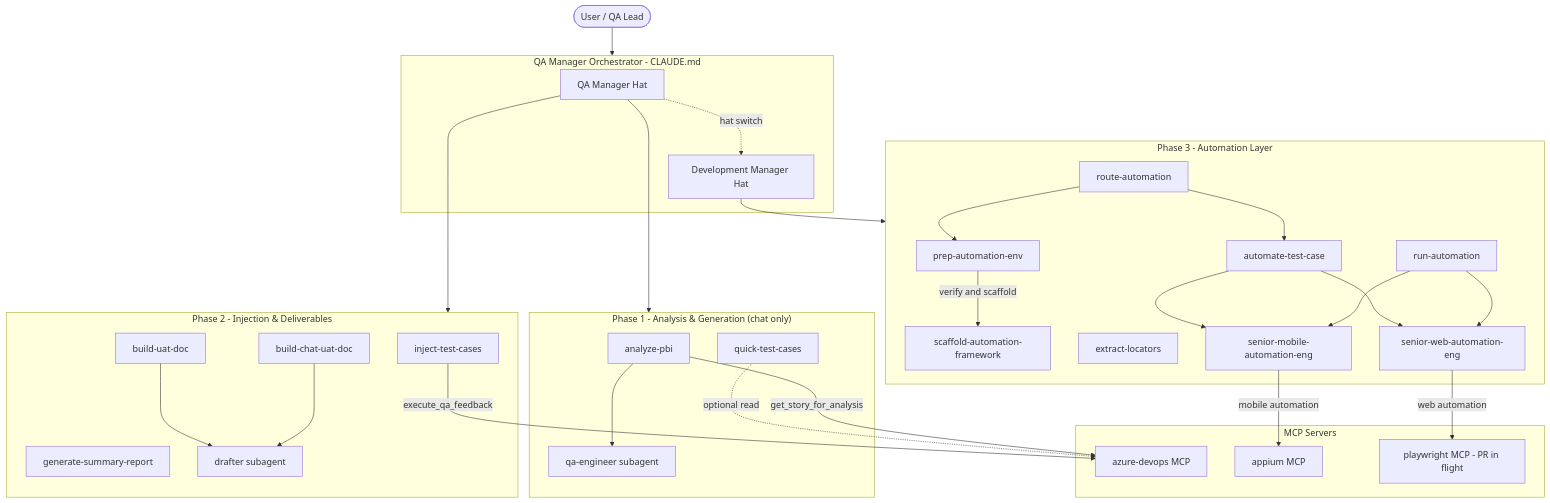
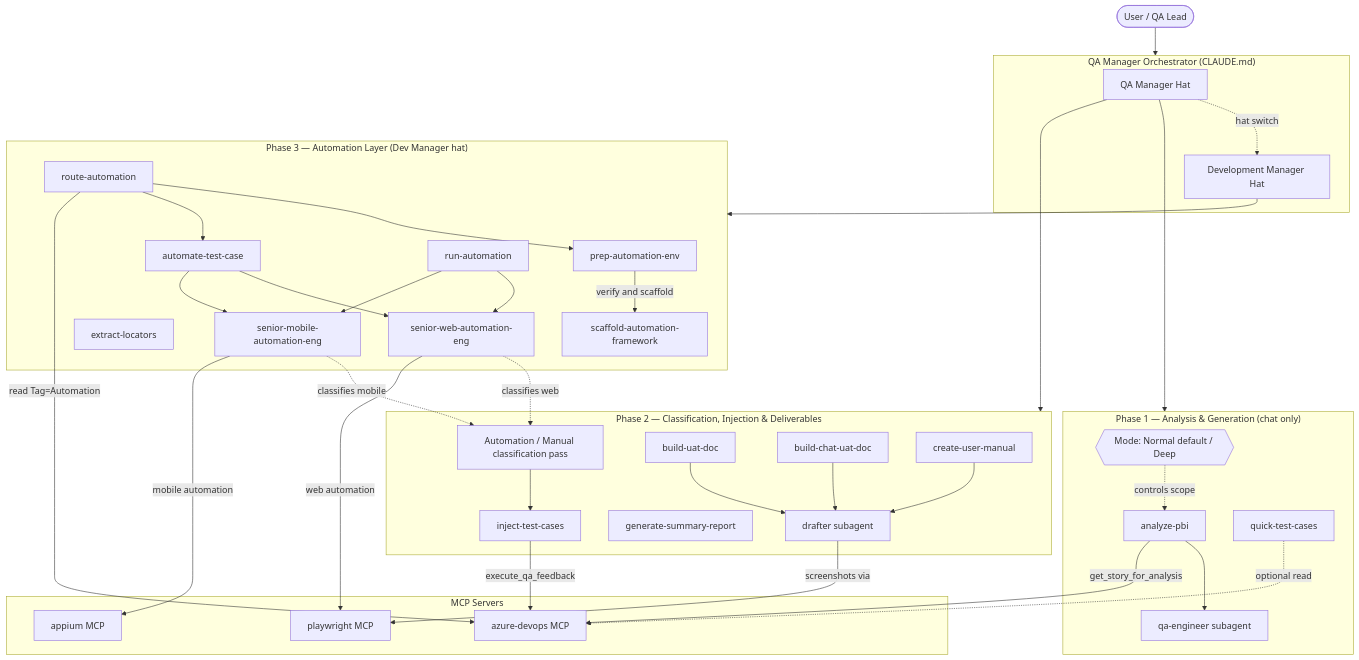
The diagram in README.md (hebasamir611hs-de/azure-mcp---Repo), drawn with Mermaid before and after one commit. The commit also changed other lines of this file and 3 other files, not shown here.

````diff
--- a/README.md
+++ b/README.md
@@ -30,64 +31,73 @@
 ```mermaid
 flowchart TB
     User([User / QA Lead])
 
-    subgraph Brain["QA Manager Orchestrator - CLAUDE.md"]
+    subgraph Brain["QA Manager Orchestrator (CLAUDE.md)"]
         QM[QA Manager Hat]
         DM[Development Manager Hat]
     end
 
-    subgraph Phase1["Phase 1 - Analysis & Generation (chat only)"]
+    subgraph Phase1["Phase 1 — Analysis & Generation (chat only)"]
+        Mode{{"Mode: Normal default / Deep"}}
         AP[analyze-pbi]
         QT[quick-test-cases]
         QE[qa-engineer subagent]
     end
 
-    subgraph Phase2["Phase 2 - Injection & Deliverables"]
+    subgraph Phase2["Phase 2 — Classification, Injection & Deliverables"]
+        CLS[Automation / Manual classification pass]
         IT[inject-test-cases]
         BUD[build-uat-doc]
         BCUD[build-chat-uat-doc]
+        CUM[create-user-manual]
         GSR[generate-summary-report]
         DR[drafter subagent]
     end
 
-    subgraph Phase3["Phase 3 - Automation Layer"]
+    subgraph Phase3["Phase 3 — Automation Layer (Dev Manager hat)"]
         PAE[prep-automation-env]
         RA[route-automation]
         SAF[scaffold-automation-framework]
         EL[extract-locators]
         ATC[automate-test-case]
         RAU[run-automation]
         SWE[senior-web-automation-eng]
         SME[senior-mobile-automation-eng]
     end
 
     subgraph MCPs["MCP Servers"]
         AZ[azure-devops MCP]
         AP_MCP[appium MCP]
-        PW_MCP[playwright MCP - PR in flight]
+        PW_MCP[playwright MCP]
     end
 
     User --> Brain
     QM --> Phase1
-    QM --> Phase2
-    QM -.hat switch.-> DM
-    DM --> Phase3
-
+    Mode -.controls scope.-> AP
     AP --> QE
     QT -.optional read.-> AZ
     AP -- get_story_for_analysis --> AZ
 
+    QM --> Phase2
+    SWE -.classifies web.-> CLS
+    SME -.classifies mobile.-> CLS
+    CLS --> IT
     IT -- execute_qa_feedback --> AZ
     BUD --> DR
     BCUD --> DR
+    CUM --> DR
+    DR -- screenshots via --> PW_MCP
 
+    QM -.hat switch.-> DM
+    DM --> Phase3
+    RA --> PAE
     PAE -- verify and scaffold --> SAF
-    RA --> PAE
     RA --> ATC
     ATC --> SWE
     ATC --> SME
     SWE -- web automation --> PW_MCP
     SME -- mobile automation --> AP_MCP
+    RA -- read Tag=Automation --> AZ
     RAU --> SWE
     RAU --> SME
 ```
````
